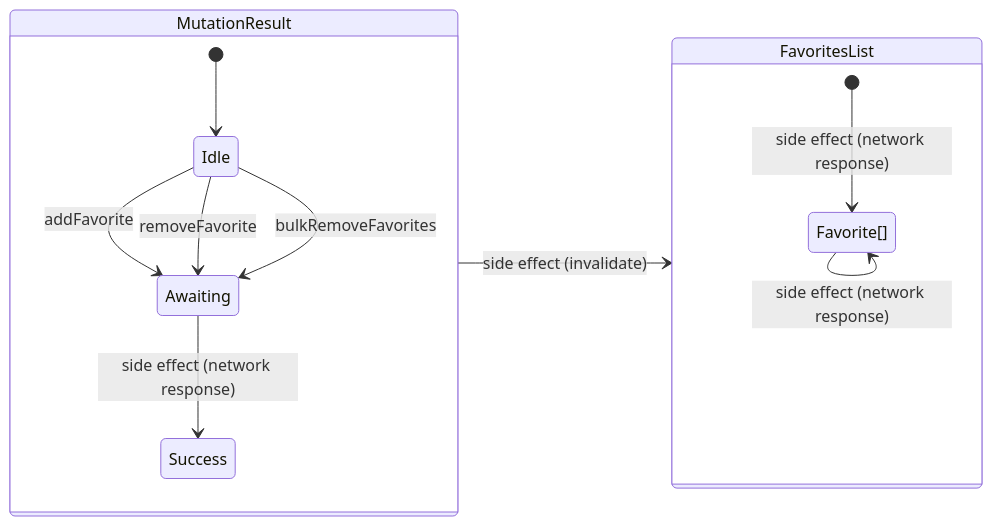
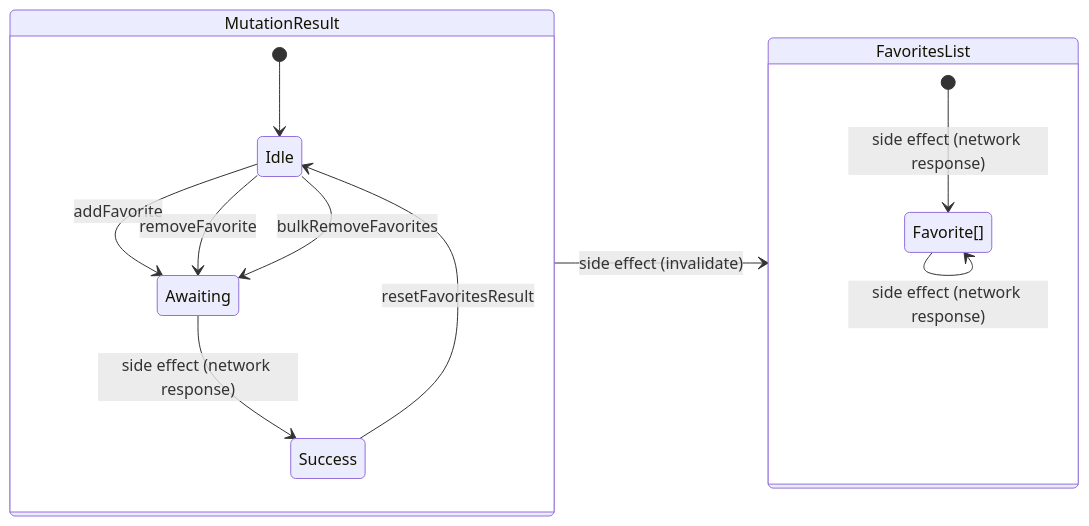
The third of 3 diagrams in README.md (grancalavera/reactive-recipes), drawn with Mermaid before and after one commit.

Commit message:
add missing transition

````diff
--- a/README.md
+++ b/README.md
@@ -108,22 +108,23 @@
 ```mermaid
 stateDiagram-v2
 direction LR
 
 state MutationResult {
   [*] --> Idle
   Idle --> Awaiting: addFavorite
   Idle --> Awaiting: removeFavorite
   Idle --> Awaiting: bulkRemoveFavorites
   Awaiting --> Success: side effect (network response)
+  Success --> Idle: resetFavoritesResult
 }
 
 state FavoritesList {
   state "Favorite[]" as F
   [*] --> F: side effect (network response)
   F --> F: side effect (network response)
 }
 
 MutationResult --> FavoritesList: side effect (invalidate)
 
 
 ```
````
